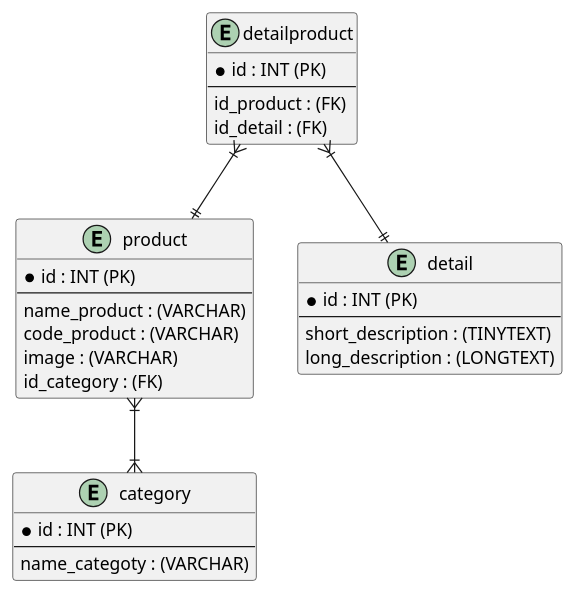
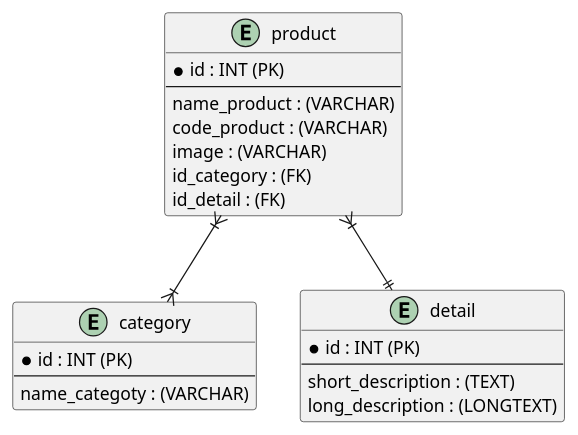
The diagram in tws.plantuml (semest3r/CRUD-product-endpoint-semester-5), drawn with PlantUML before and after one commit. The commit also changed 1 other file, not shown here.

```diff
--- a/tws.plantuml
+++ b/tws.plantuml
@@ -1,35 +1,29 @@
 @startuml tws
 entity product{
     *id : INT (PK)
     --
     name_product : (VARCHAR)
     code_product : (VARCHAR)
     image : (VARCHAR)
     id_category : (FK)
+    id_detail : (FK)
 }
 
 
 entity category{
     *id : INT (PK)
     --
     name_categoty : (VARCHAR)
 }
 
-entity detailproduct{
-    *id : INT (PK)
-    --
-    id_product : (FK)
-    id_detail : (FK)
-}
 
 entity detail{
     *id : INT (PK)
     --
-    short_description : (TINYTEXT)
+    short_description : (TEXT)
     long_description : (LONGTEXT)
 }
 
 product }|--|{ category
-detailproduct }|--|| product
-detailproduct }|--|| detail
+product }|--|| detail
 @enduml
```
